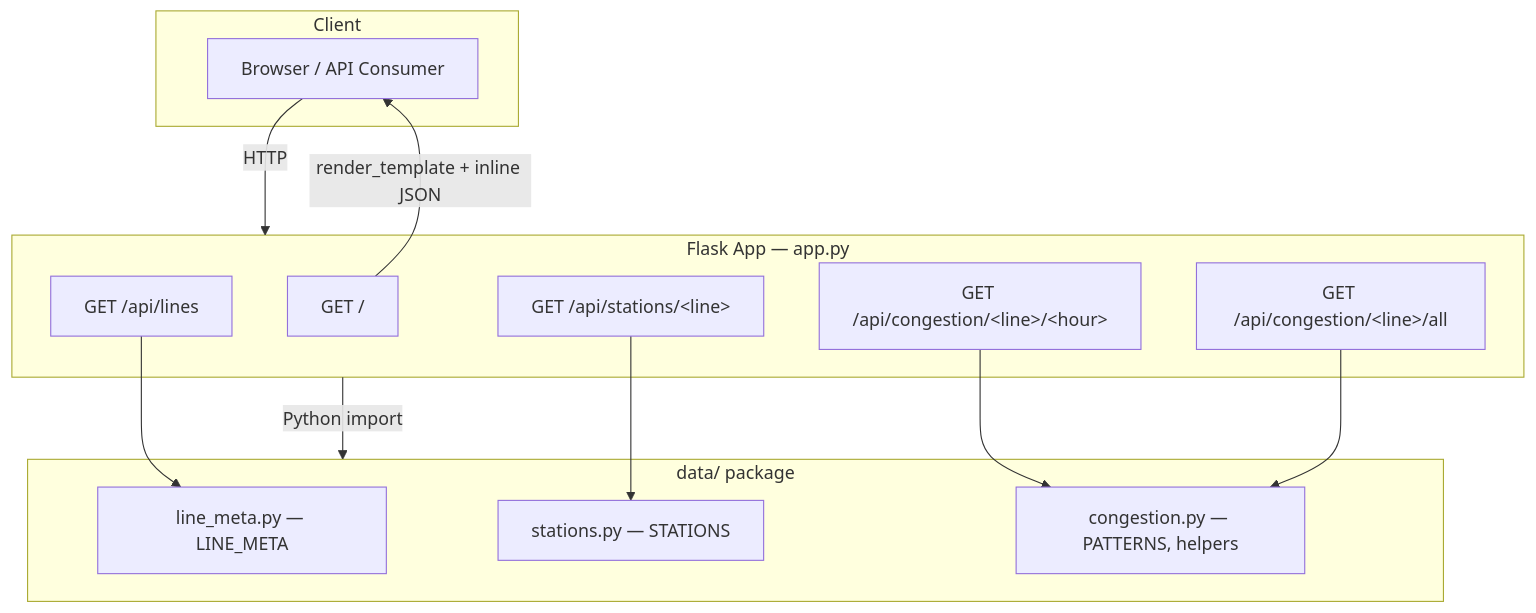
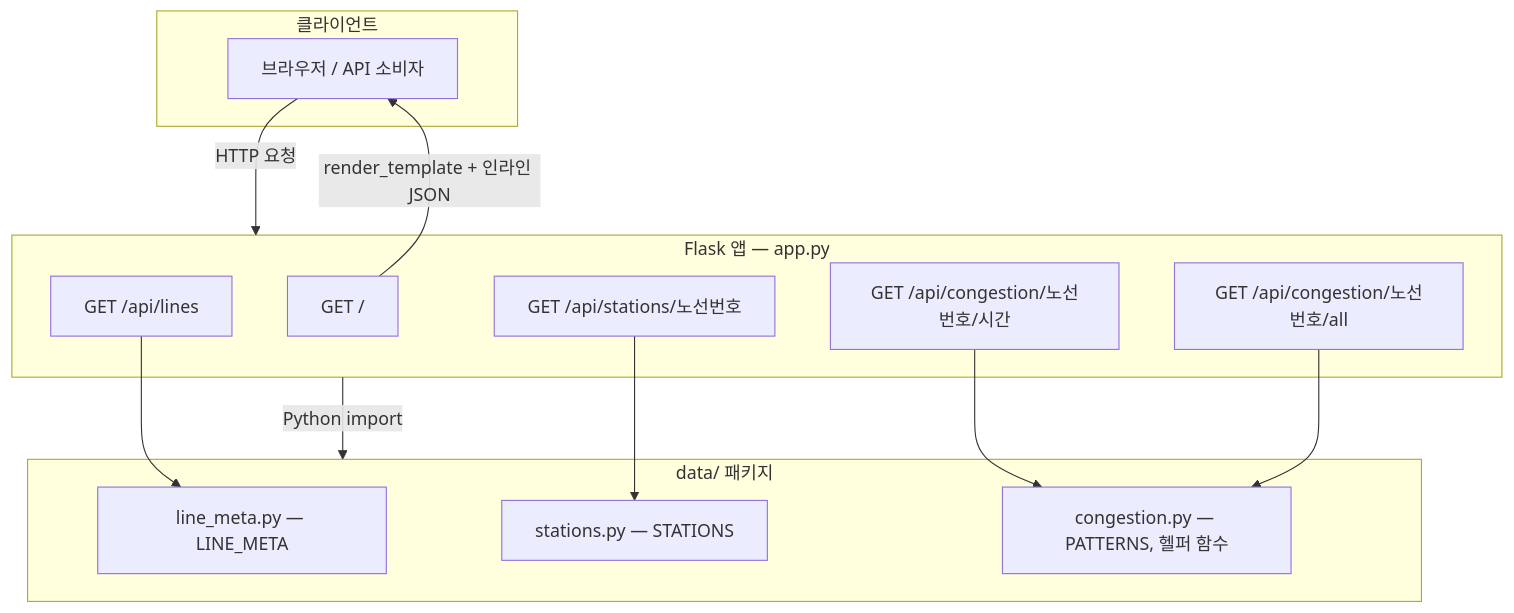
Before and after one commit to vosnuev/Subway_CrowdCheck: the second of 2 diagrams in README.md, drawn with Mermaid. The commit also changed other lines of this file, not shown here.

````diff
--- a/README.md
+++ b/README.md
@@ -192,28 +208,28 @@
 ```mermaid
 graph TD
-    subgraph Client
-        BR[Browser / API Consumer]
+    subgraph 클라이언트
+        BR[브라우저 / API 소비자]
     end
 
-    subgraph Flask["Flask App — app.py"]
+    subgraph Flask["Flask 앱 — app.py"]
         R1["GET /"]
         R2["GET /api/lines"]
-        R3["GET /api/stations/&lt;line&gt;"]
-        R4["GET /api/congestion/&lt;line&gt;/&lt;hour&gt;"]
-        R5["GET /api/congestion/&lt;line&gt;/all"]
+        R3["GET /api/stations/노선번호"]
+        R4["GET /api/congestion/노선번호/시간"]
+        R5["GET /api/congestion/노선번호/all"]
     end
 
-    subgraph Data["data/ package"]
+    subgraph Data["data/ 패키지"]
         LM[line_meta.py — LINE_META]
         ST[stations.py — STATIONS]
-        CG[congestion.py — PATTERNS, helpers]
+        CG[congestion.py — PATTERNS, 헬퍼 함수]
     end
 
-    BR -->|HTTP| Flask
+    BR -->|HTTP 요청| Flask
     Flask -->|Python import| Data
-    R1 -->|render_template + inline JSON| BR
+    R1 -->|render_template + 인라인 JSON| BR
     R2 --> LM
     R3 --> ST
     R4 --> CG
     R5 --> CG
 ```
````
